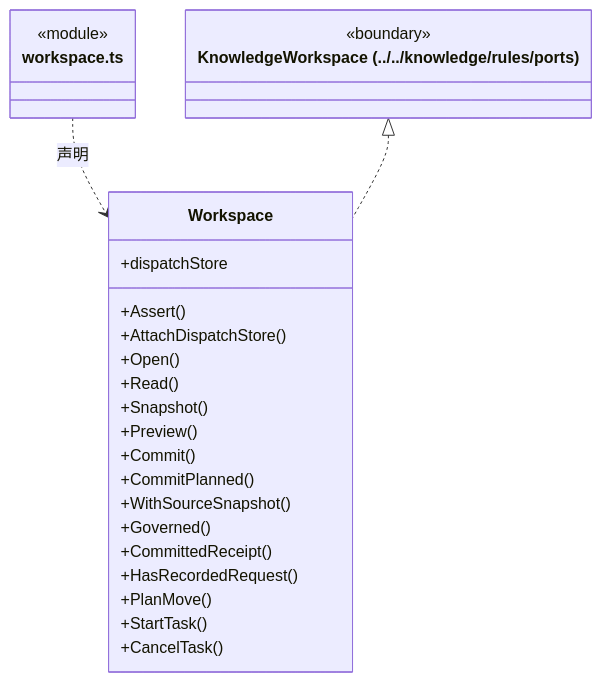
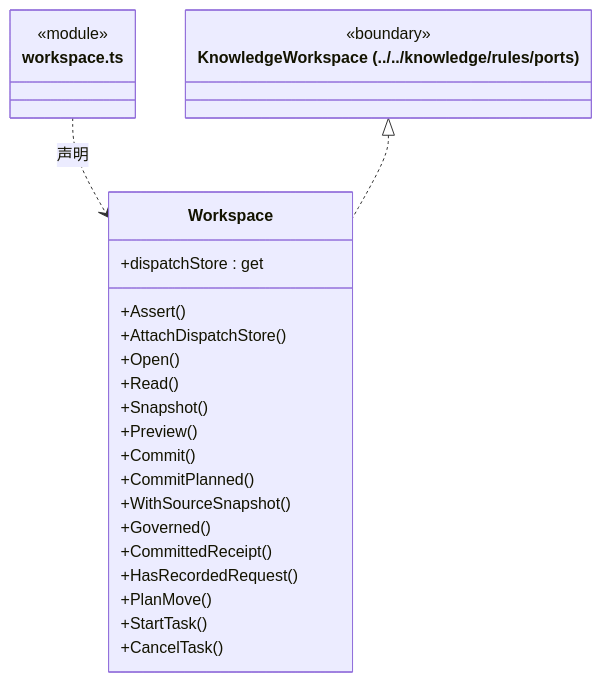
One commit to nan023062/cbim changed the tenth of 12 diagrams in src/logic/workspace/service/ARCHITECTURE.md. Above: the diagram before and after it, drawn with Mermaid. The commit also changed other lines of this file and 137 other files, not shown here.

Commit message:
fix: align architecture generator with documentation standards

````diff
--- a/src/logic/workspace/service/ARCHITECTURE.md
+++ b/src/logic/workspace/service/ARCHITECTURE.md
@@ -429,29 +443,29 @@
 ```mermaid
 classDiagram
 class N_src_logic_workspace_service_workspace_ts["workspace.ts"] {
   <<module>>
 }
 class N_src_logic_workspace_service_workspace_ts_Workspace["Workspace"] {
   +Assert()
   +AttachDispatchStore()
-  +dispatchStore
+  +dispatchStore : get
   +Open()
   +Read()
   +Snapshot()
   +Preview()
   +Commit()
   +CommitPlanned()
   +WithSourceSnapshot()
   +Governed()
   +CommittedReceipt()
   +HasRecordedRequest()
   +PlanMove()
   +StartTask()
   +CancelTask()
 }
 N_src_logic_workspace_service_workspace_ts ..> N_src_logic_workspace_service_workspace_ts_Workspace : 声明
 class N_src_logic_workspace_service_workspace_ts_external_KnowledgeWorkspace["KnowledgeWorkspace (../../knowledge/rules/ports)"] {
   <<boundary>>
 }
 N_src_logic_workspace_service_workspace_ts_external_KnowledgeWorkspace <|.. N_src_logic_workspace_service_workspace_ts_Workspace
 ```
````
